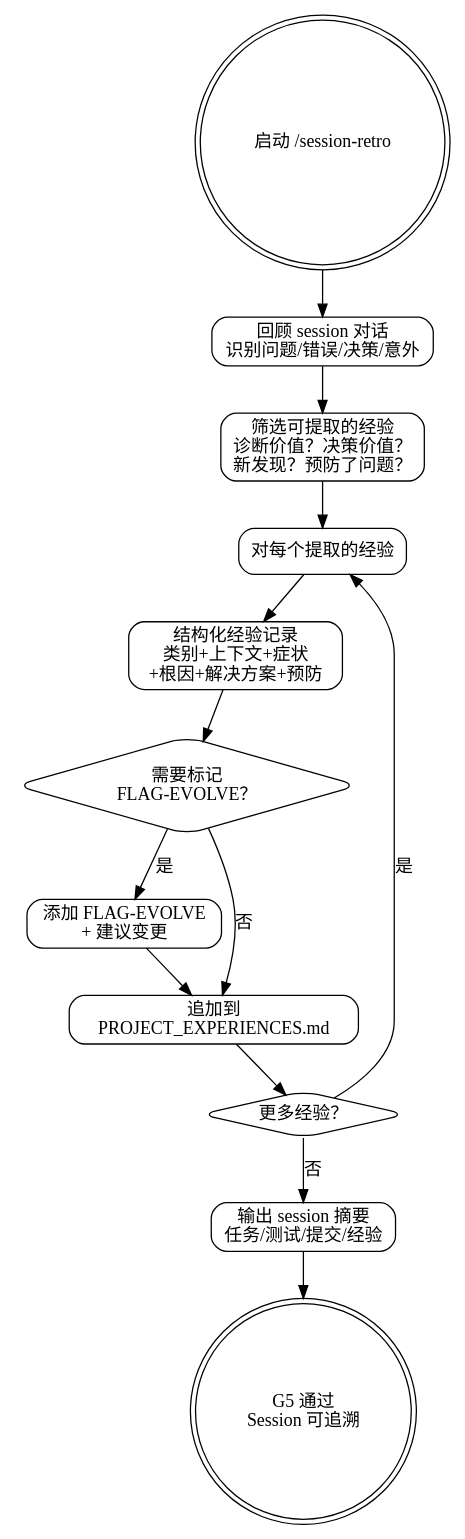
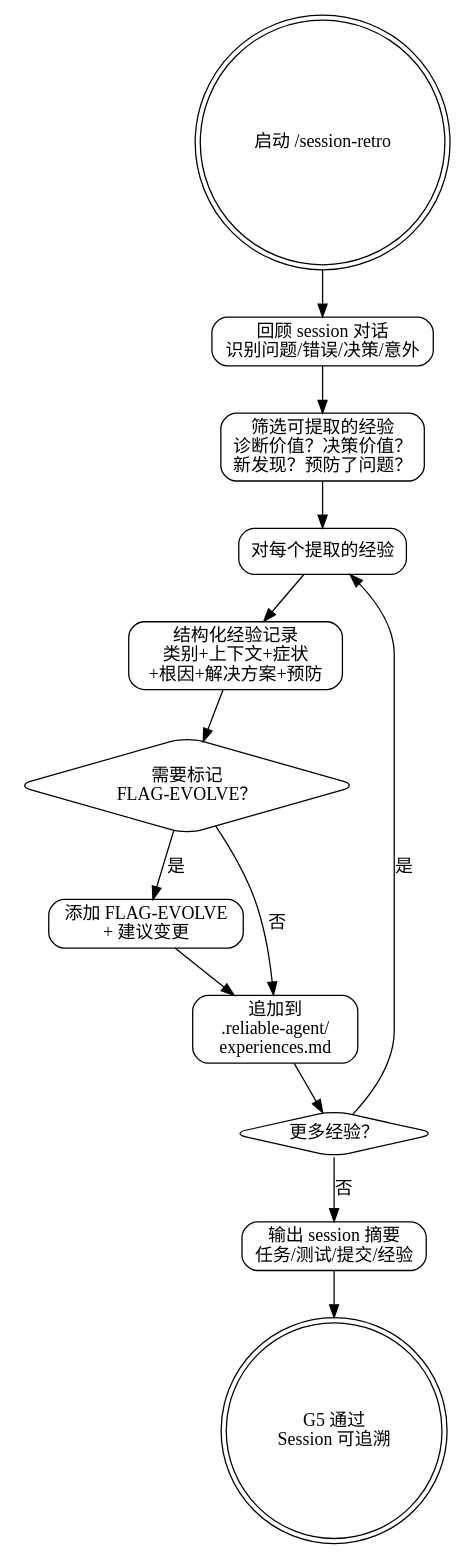
Before and after one commit to sueichen/reliable-agent: the diagram in skills/reliable-session-retro/SKILL.md, drawn with Graphviz. The commit also changed other lines of this file and 14 other files, not shown here.

First line of the commit message:
refactor: isolate generated artifacts into .reliable-agent/ directory

````diff
--- a/skills/reliable-session-retro/SKILL.md
+++ b/skills/reliable-session-retro/SKILL.md
@@ -26,31 +26,31 @@
 ```dot
 digraph reliable_session_retro {
     rankdir=TB;
     node [shape=box, style=rounded];
 
     start [label="启动 /session-retro", shape=doublecircle];
     review [label="回顾 session 对话\n识别问题/错误/决策/意外"];
     filter [label="筛选可提取的经验\n诊断价值？决策价值？\n新发现？预防了问题？"];
     for_each [label="对每个提取的经验"];
     structure [label="结构化经验记录\n类别+上下文+症状\n+根因+解决方案+预防"];
     check_flag [label="需要标记\nFLAG-EVOLVE？", shape=diamond];
     add_flag [label="添加 FLAG-EVOLVE\n+ 建议变更"];
-    append [label="追加到\nPROJECT_EXPERIENCES.md"];
+    append [label="追加到\n.reliable-agent/\nexperiences.md"];
     more [label="更多经验？", shape=diamond];
     summary [label="输出 session 摘要\n任务/测试/提交/经验"];
     done [label="G5 通过\nSession 可追溯", shape=doublecircle];
 
     start -> review;
     review -> filter;
     filter -> for_each;
     for_each -> structure;
     structure -> check_flag;
     check_flag -> add_flag [label="是"];
     check_flag -> append [label="否"];
     add_flag -> append;
     append -> more;
     more -> for_each [label="是"];
     more -> summary [label="否"];
     summary -> done;
 }
 ```
````
